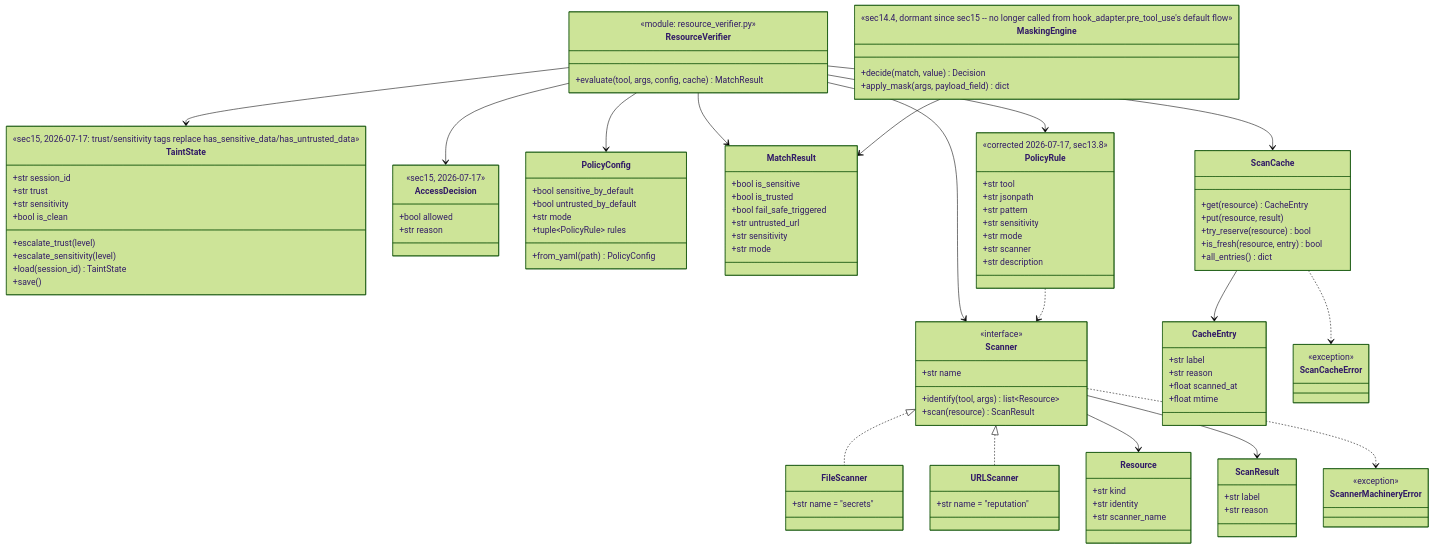
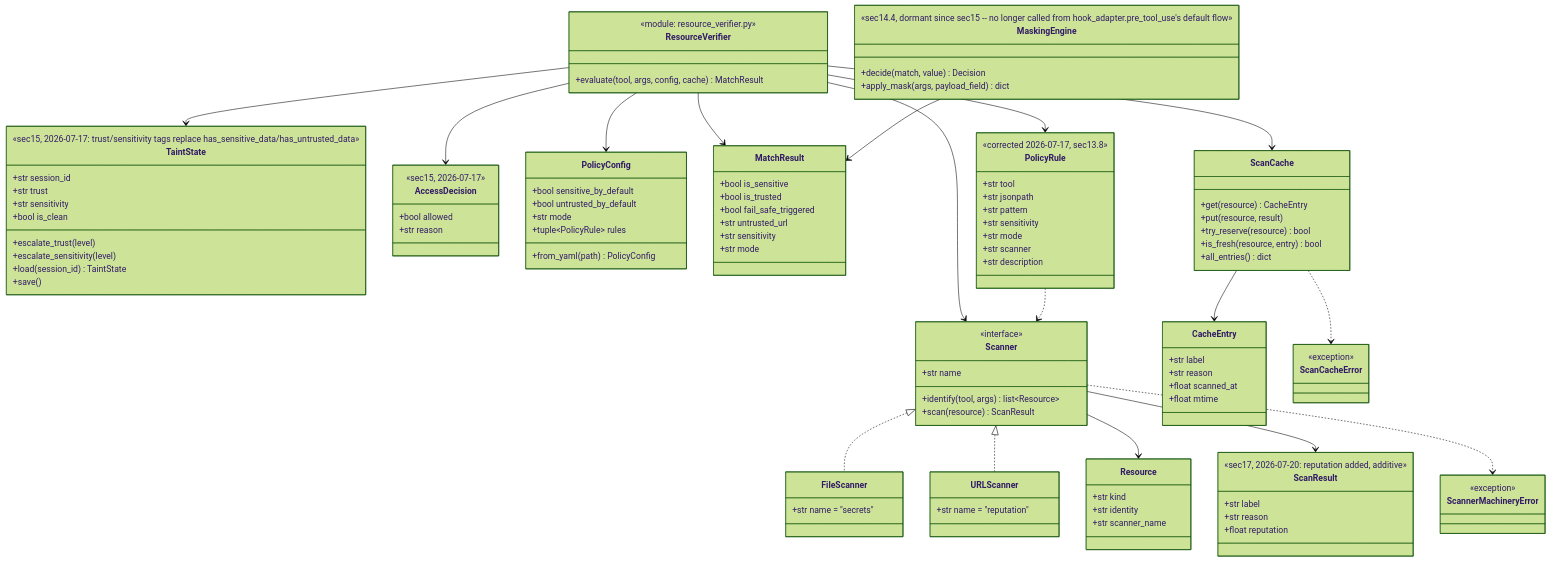
One commit to drusifer/Scalene changed the second of 5 diagrams in docs/ARCHITECTURE.md. Above: the diagram before and after it, drawn with Mermaid (forest theme). The commit also changed other lines of this file and 38 other files, not shown here.

```diff
--- a/docs/ARCHITECTURE.md
+++ b/docs/ARCHITECTURE.md
@@ -104,8 +104,10 @@
         +str scanner_name
     }
     class ScanResult {
+        <<sec17, 2026-07-20: reputation added, additive>>
         +str label
         +str reason
+        +float reputation
     }
     class ScannerMachineryError {
         <<exception>>
```
